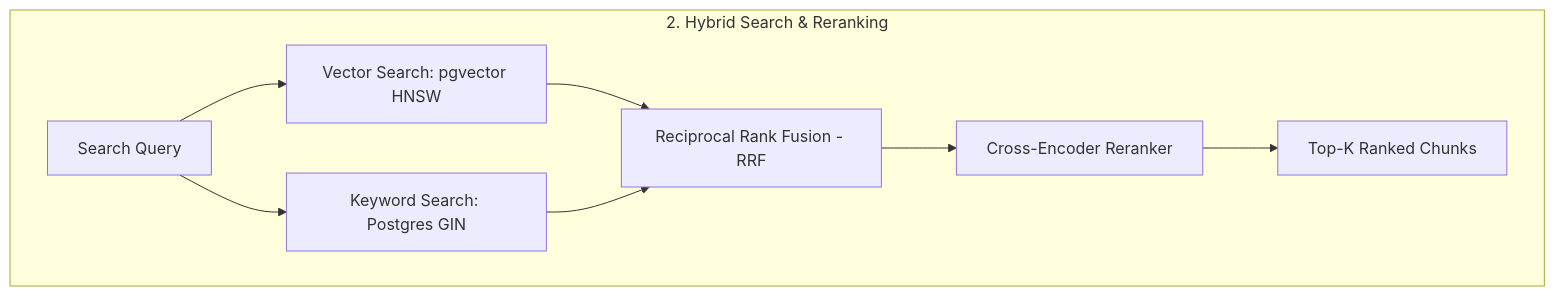
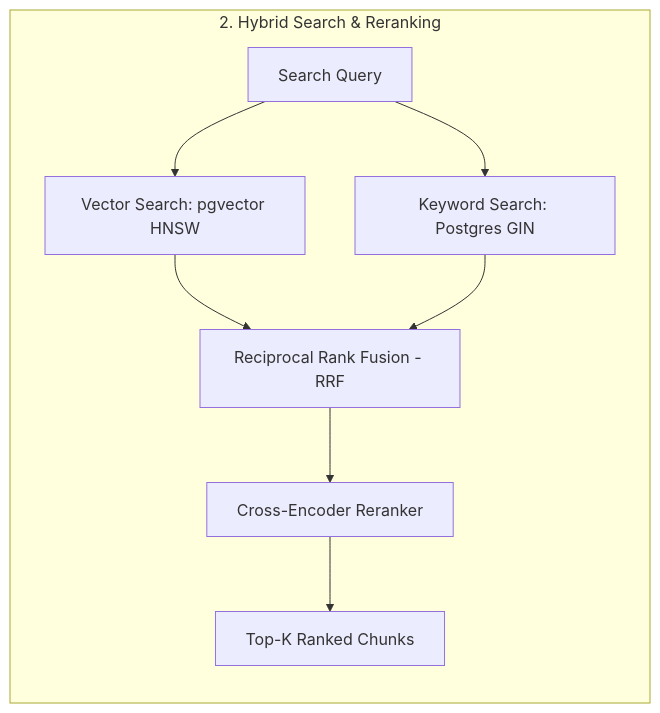
One commit to imLeo007/groundforge changed the second of 2 diagrams in README.md. Above: the diagram before and after it, drawn with Mermaid. The commit also changed other lines of this file, not shown here.

````diff
--- a/README.md
+++ b/README.md
@@ -43,11 +42,11 @@
 ```mermaid
-flowchart TD
+flowchart LR
     subgraph Retrieval ["2. Hybrid Search & Reranking"]
         Q[Search Query] --> F[Vector Search: pgvector HNSW]
         Q --> G[Keyword Search: Postgres GIN]
         F --> H[Reciprocal Rank Fusion - RRF]
         G --> H
         H --> I[Cross-Encoder Reranker]
         I --> J[Top-K Ranked Chunks]
     end
 ```
````
